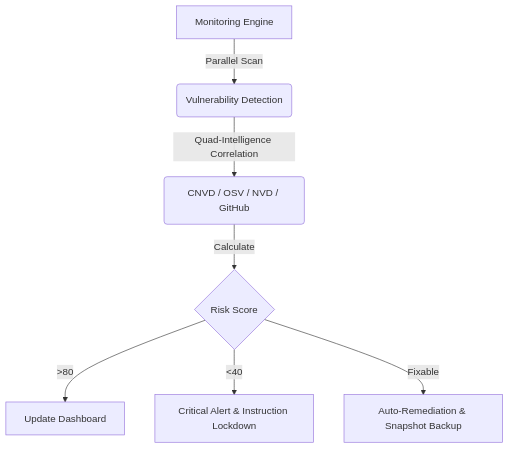
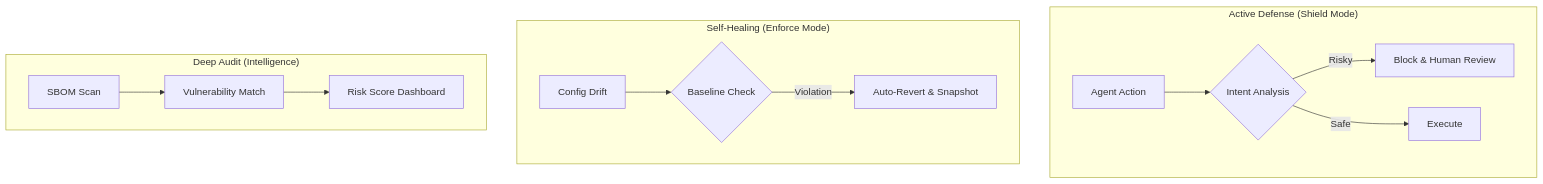
One commit to lttcnly/openclaw-guardrails changed the diagram in README.md. Above: the diagram before and after it, drawn with Mermaid. The commit also changed other lines of this file and 1 other file, not shown here.

Commit message:
docs: major README overhaul to 'Mature Product' grade with architecture, benchmarks, and compliance sections

````diff
--- a/README.md
+++ b/README.md
@@ -30,9 +36,18 @@
 ```mermaid
 graph TD
-    A[Monitoring Engine] -->|Parallel Scan| B(Vulnerability Detection)
-    B -->|Quad-Intelligence Correlation| C(CNVD / OSV / NVD / GitHub)
-    C -->|Calculate| D{Risk Score}
-    D -->|>80| E[Update Dashboard]
-    D -->|<40| F[Critical Alert & Instruction Lockdown]
-    D -->|Fixable| G[Auto-Remediation & Snapshot Backup]
+    subgraph "Active Defense (Shield Mode)"
+        A[Agent Action] --> B{Intent Analysis}
+        B -- Risky --> C[Block & Human Review]
+        B -- Safe --> D[Execute]
+    end
+    
+    subgraph "Self-Healing (Enforce Mode)"
+        E[Config Drift] --> F{Baseline Check}
+        F -- Violation --> G[Auto-Revert & Snapshot]
+    end
+    
+    subgraph "Deep Audit (Intelligence)"
+        H[SBOM Scan] --> I[Vulnerability Match]
+        I --> J[Risk Score Dashboard]
+    end
 ```
````
